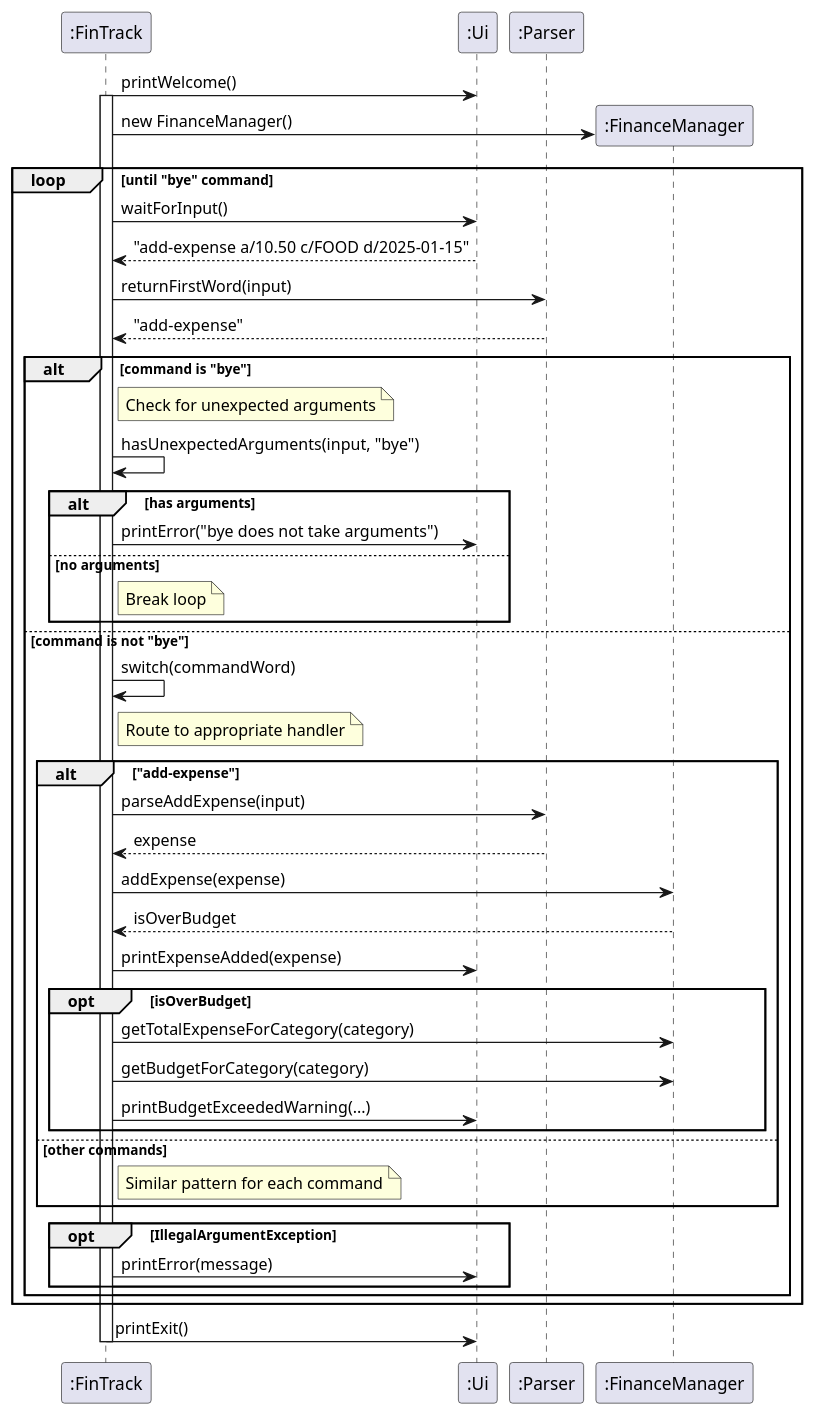
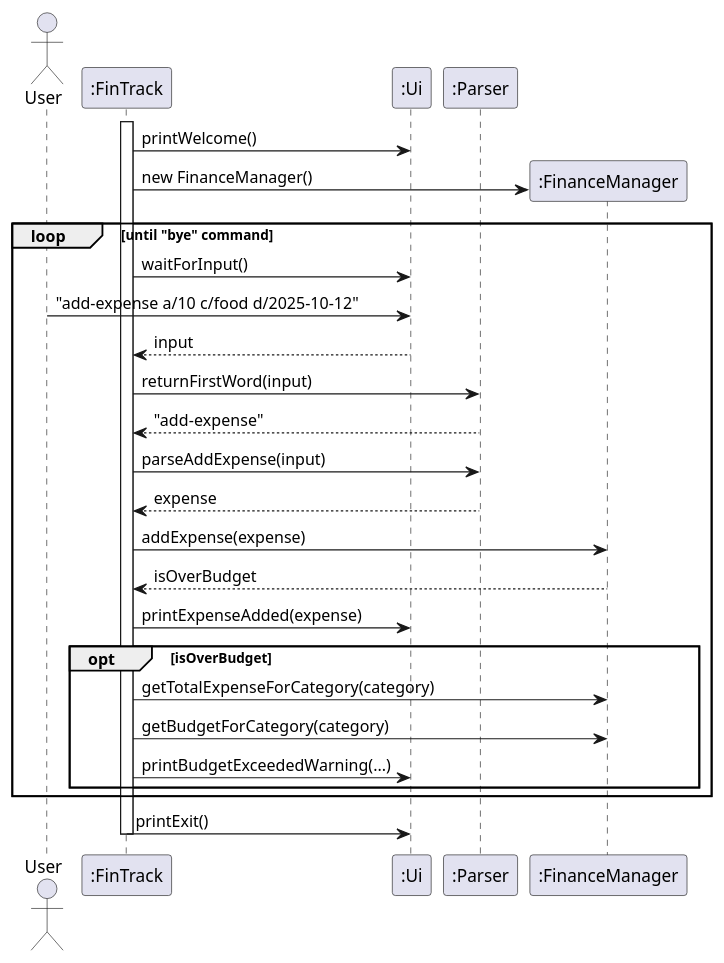
The diagram in docs/diagrams/add_expense.puml (AY2526S1-CS2113-W12-4/tp), drawn with PlantUML before and after one commit.

Commit message:
Add puml code for the changed sequence diagram

```diff
--- a/docs/diagrams/add_expense.puml
+++ b/docs/diagrams/add_expense.puml
@@ -1,62 +1,40 @@
 @startuml
+actor User
 participant ":FinTrack" as FT
 participant ":Ui" as UI
 participant ":Parser" as P
 participant ":FinanceManager" as FM
 
+activate FT
 FT -> UI: printWelcome()
-activate FT
 
 create FM
 FT -> FM: new FinanceManager()
 
 loop until "bye" command
     FT -> UI: waitForInput()
-    UI --> FT: "add-expense a/10.50 c/FOOD d/2025-01-15"
+    User -> UI: "add-expense a/10 c/food d/2025-10-12"
+    UI --> FT: input
 
     FT -> P: returnFirstWord(input)
     P --> FT: "add-expense"
 
-    alt command is "bye"
-        note right of FT: Check for unexpected arguments
-        FT -> FT: hasUnexpectedArguments(input, "bye")
+    FT -> P: parseAddExpense(input)
+    P --> FT: expense
 
-        alt has arguments
-            FT -> UI: printError("bye does not take arguments")
-        else no arguments
-            note right of FT: Break loop
-        end
+    FT -> FM: addExpense(expense)
+    FM --> FT: isOverBudget
 
-    else command is not "bye"
-        FT -> FT: switch(commandWord)
+    FT -> UI: printExpenseAdded(expense)
 
-        note right of FT: Route to appropriate handler
-
-        alt "add-expense"
-            FT -> P: parseAddExpense(input)
-            P --> FT: expense
-
-            FT -> FM: addExpense(expense)
-            FM --> FT: isOverBudget
-
-            FT -> UI: printExpenseAdded(expense)
-
-            ' Using opt for a simple "if" check
-            opt isOverBudget
-                FT -> FM: getTotalExpenseForCategory(category)
-                FT -> FM: getBudgetForCategory(category)
-                FT -> UI: printBudgetExceededWarning(...)
-            end
-        else other commands
-            note right of FT: Similar pattern for each command
-        end
-
-        opt IllegalArgumentException
-            FT -> UI: printError(message)
-        end
+    opt isOverBudget
+        FT -> FM: getTotalExpenseForCategory(category)
+        FT -> FM: getBudgetForCategory(category)
+        FT -> UI: printBudgetExceededWarning(...)
     end
 end
 
 FT -> UI: printExit()
+
 deactivate FT
 @enduml
```
